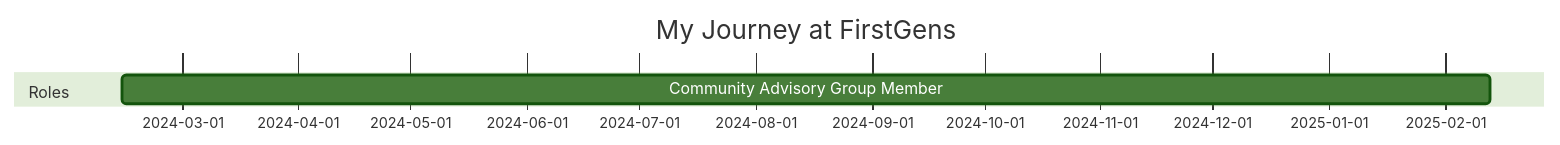
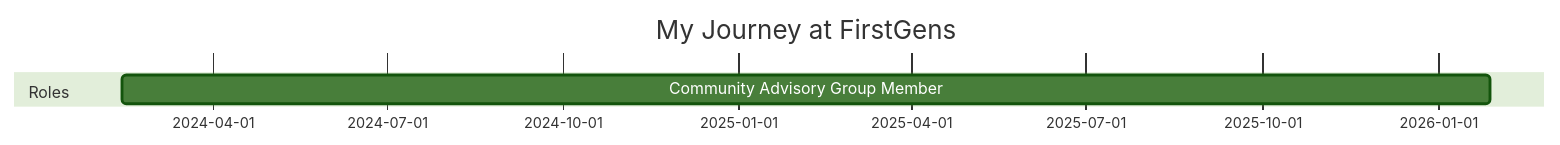
Before and after one commit to andiekobbietks/Curriculum-Vitae-life-experiences-repo: the diagram in organizations/firstgens/README.md, drawn with Mermaid (forest theme). The commit also changed other lines of this file and 3 other files, not shown here.

First line of the commit message:
Fix broken links and update Gantt chart dates

````diff
--- a/organizations/firstgens/README.md
+++ b/organizations/firstgens/README.md
@@ -20,7 +20,7 @@
 ```mermaid
 gantt
     title My Journey at FirstGens
     dateFormat  YYYY-MM-DD
     section Roles
-    Community Advisory Group Member    :2024-02-14, 365d
+    Community Advisory Group Member    :2024-02-14, 2026-01-28
 ```
````
